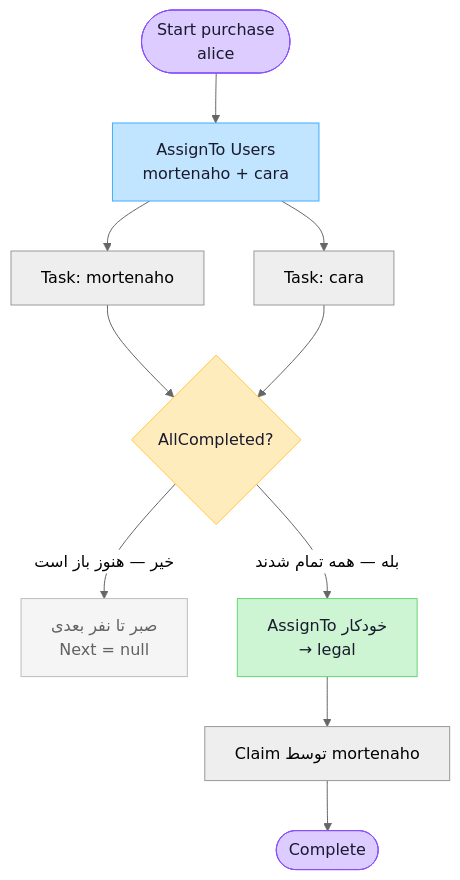
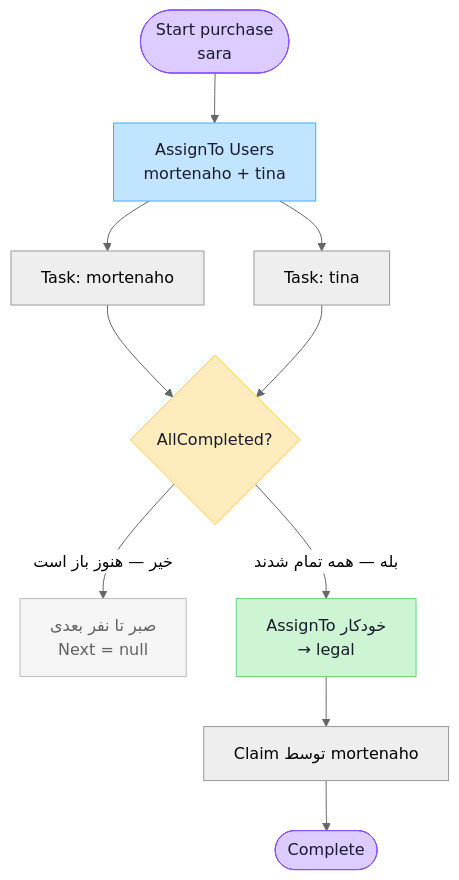
The second of 4 diagrams in docs/usage.md (mortenaho/WorkFlowEngine), drawn with Mermaid (neutral theme) before and after one commit. The commit also changed other lines of this file and 38 other files, not shown here.

````diff
--- a/docs/usage.md
+++ b/docs/usage.md
@@ -209,19 +209,19 @@
 ```mermaid
 flowchart TD
-    start(["Start purchase<br/>alice"]) --> parallel["AssignTo Users<br/>mortenaho + cara"]
+    start(["Start purchase<br/>sara"]) --> parallel["AssignTo Users<br/>mortenaho + tina"]
     parallel --> m["Task: mortenaho"]
-    parallel --> c["Task: cara"]
+    parallel --> c["Task: tina"]
     m --> join{"AllCompleted?"}
     c --> join
     join -->|"خیر — هنوز باز است"| wait["صبر تا نفر بعدی<br/>Next = null"]
     join -->|"بله — همه تمام شدند"| next["AssignTo خودکار<br/>→ legal"]
     next --> claim["Claim توسط mortenaho"]
     claim --> finish(["Complete"])
 
     style start fill:#DCCCFF,stroke:#874FFF,color:#1a1a2e
     style parallel fill:#C2E5FF,stroke:#3DADFF,color:#1a1a2e
     style join fill:#FFECBD,stroke:#FFC943,color:#1a1a2e
     style next fill:#CDF4D3,stroke:#66D575,color:#1a1a2e
     style wait fill:#f5f5f5,stroke:#bdbdbd,color:#616161
     style finish fill:#DCCCFF,stroke:#874FFF,color:#1a1a2e
 ```
````
